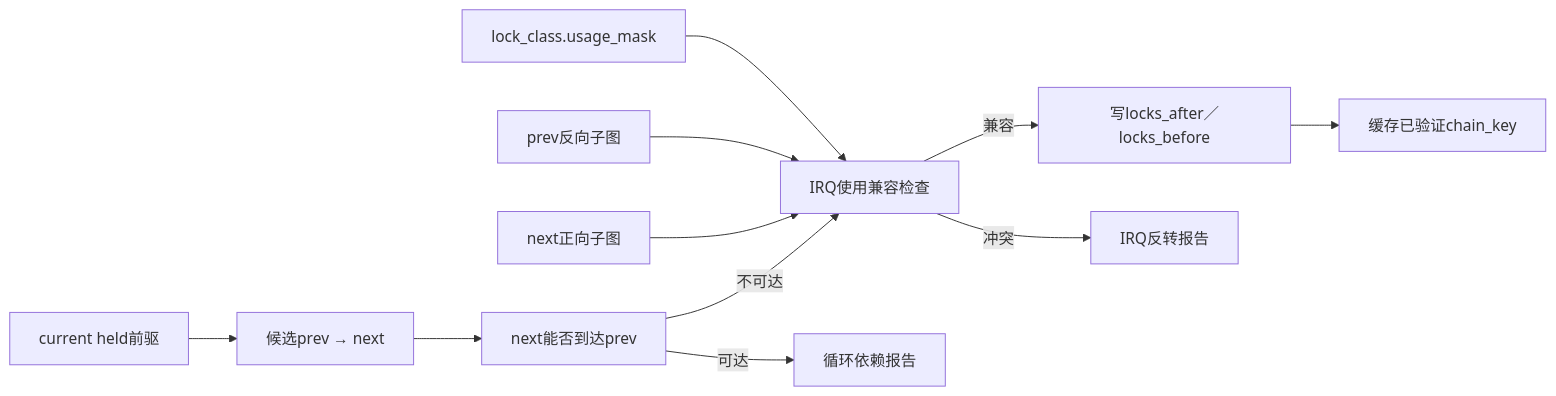
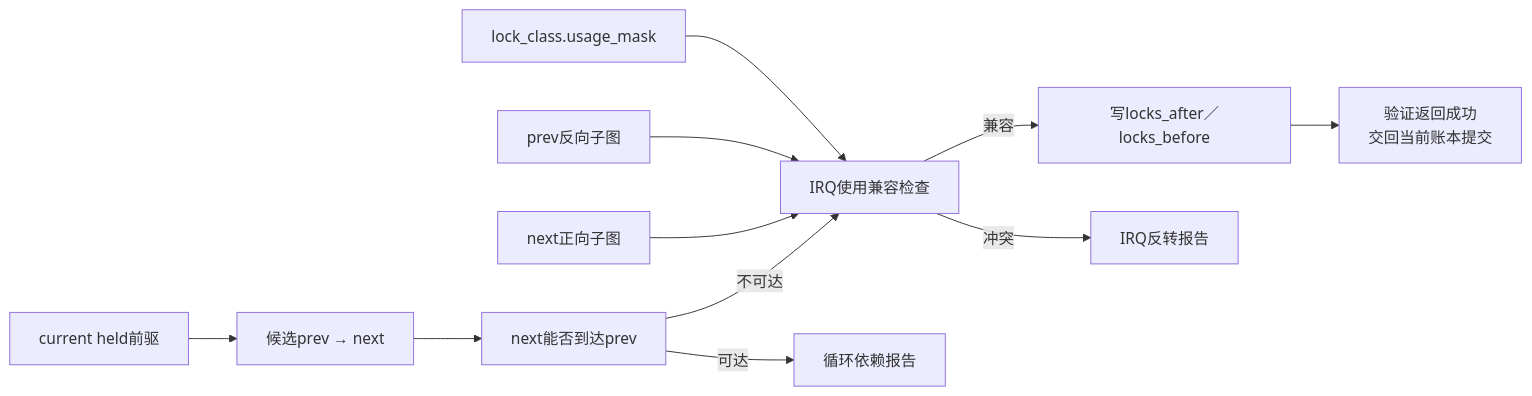
The first of 2 diagrams in research/source_reading/lockdep/navigation/P03_Linux_6.12_Lockdep依赖图与规则引擎模块导读.md (FormingSystem/linux_note), drawn with Mermaid before and after one commit. The commit also changed other lines of this file and 4 other files, not shown here.

First line of the commit message:
content(lockdep/graph): 修正缓存登记与图验证顺序

````diff
--- a/research/source_reading/lockdep/navigation/P03_Linux_6.12_Lockdep依赖图与规则引擎模块导读.md
+++ b/research/source_reading/lockdep/navigation/P03_Linux_6.12_Lockdep依赖图与规则引擎模块导读.md
@@ -42,13 +46,13 @@
 ```mermaid
 flowchart LR
     H["current held前驱"] --> P["候选prev → next"]
     U["lock_class.usage_mask"] --> I["IRQ使用兼容检查"]
     G1["prev反向子图"] --> I
     G2["next正向子图"] --> I
     P --> C["next能否到达prev"]
     C -->|"不可达"| I
     I -->|"兼容"| ADD["写locks_after／locks_before"]
-    ADD --> CACHE["缓存已验证chain_key"]
+    ADD --> DONE["验证返回成功<br/>交回当前账本提交"]
     C -->|"可达"| WARN["循环依赖报告"]
     I -->|"冲突"| WARN2["IRQ反转报告"]
 ```
````
